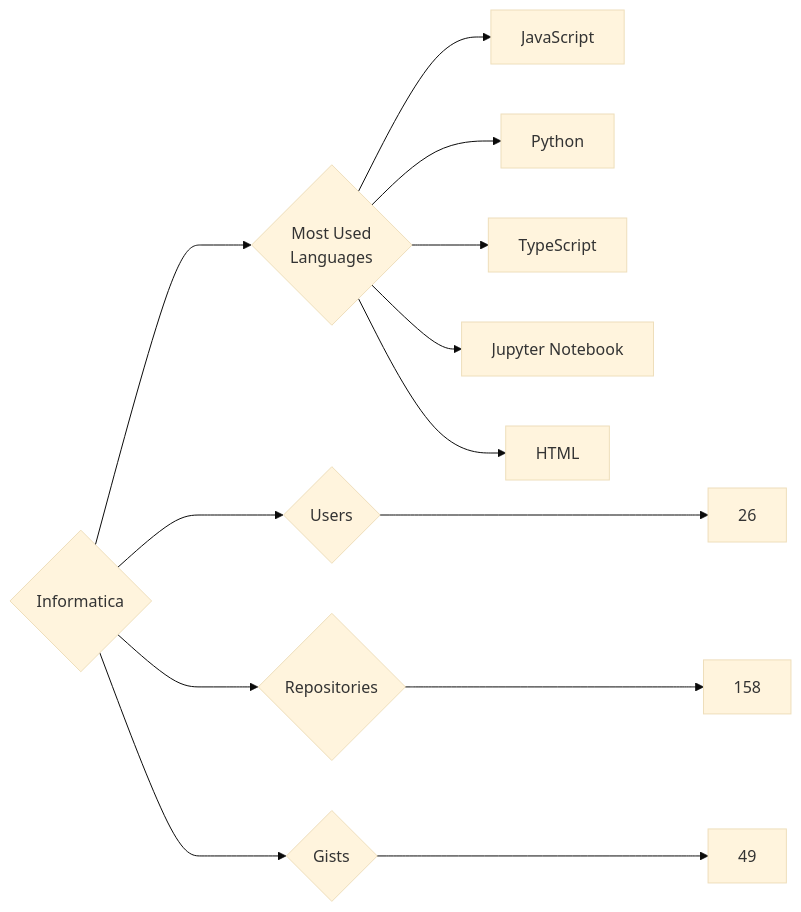
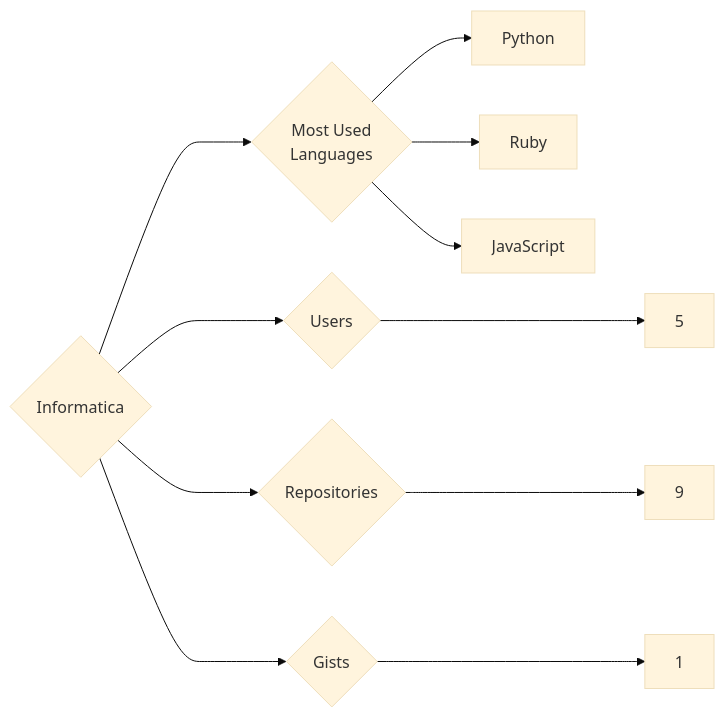
The diagram in targets/Informatica/README.md (trickest/insiders), drawn with Mermaid (base theme) before and after one commit. The commit also changed 912 other files, not shown here.

````diff
--- a/targets/Informatica/README.md
+++ b/targets/Informatica/README.md
@@ -3,13 +3,11 @@
 ```mermaid
 graph LR
 COMPANY_NAME{Informatica}
-COMPANY_NAME ---> U{Users} ---> UN[26]
-COMPANY_NAME ---> R{Repositories} ---> RN[158]
-COMPANY_NAME ---> G{Gists} ---> GN[49]
+COMPANY_NAME ---> U{Users} ---> UN[5]
+COMPANY_NAME ---> R{Repositories} ---> RN[9]
+COMPANY_NAME ---> G{Gists} ---> GN[1]
 COMPANY_NAME ---> ML{Most Used<br>Languages}
+ML --> Python[Python]
+ML --> Ruby[Ruby]
 ML --> JavaScript[JavaScript]
-ML --> Python[Python]
-ML --> TypeScript[TypeScript]
-ML --> Jupyter_Notebook[Jupyter Notebook]
-ML --> HTML[HTML]
 ```
````
